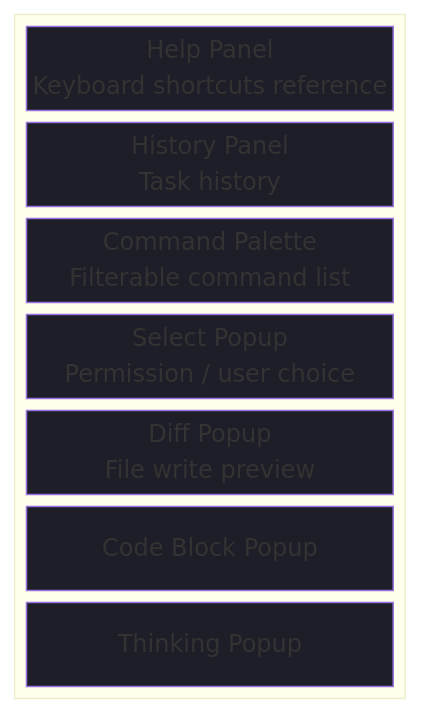
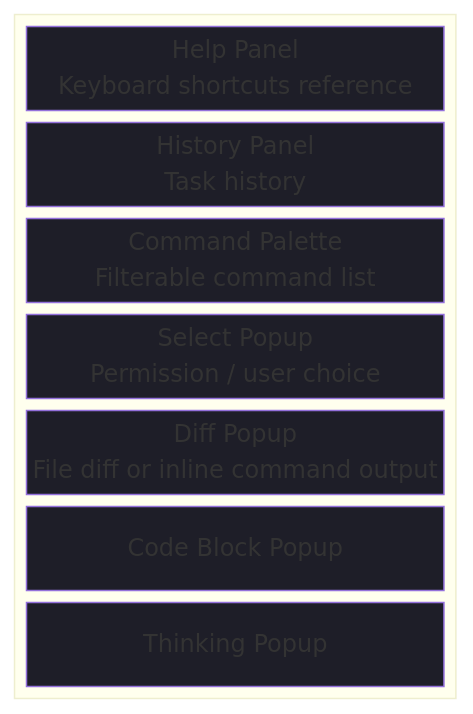
The seventh of 10 diagrams in ARCHITECTURE.md (rust-infra/tact), drawn with Mermaid before and after one commit. The commit also changed other lines of this file and 10 other files, not shown here.

````diff
--- a/ARCHITECTURE.md
+++ b/ARCHITECTURE.md
@@ -379,24 +412,24 @@
 ```mermaid
 block-beta
     columns 1
     space
     block:overlay
         columns 1
         help["Help Panel<br/>Keyboard shortcuts reference"]
         history["History Panel<br/>Task history"]
         palette["Command Palette<br/>Filterable command list"]
         select["Select Popup<br/>Permission / user choice"]
-        diff["Diff Popup<br/>File write preview"]
+        diff["Diff Popup<br/>File diff or inline command output"]
         code["Code Block Popup"]
         thinking["Thinking Popup"]
     end
     space
 
     style help fill:#1e1e28,color:#eceff4
     style history fill:#1e1e28,color:#eceff4
     style palette fill:#1e1e28,color:#eceff4
     style select fill:#1e1e28,color:#eceff4
     style diff fill:#1e1e28,color:#eceff4
     style code fill:#1e1e28,color:#eceff4
     style thinking fill:#1e1e28,color:#eceff4
 ```
````
